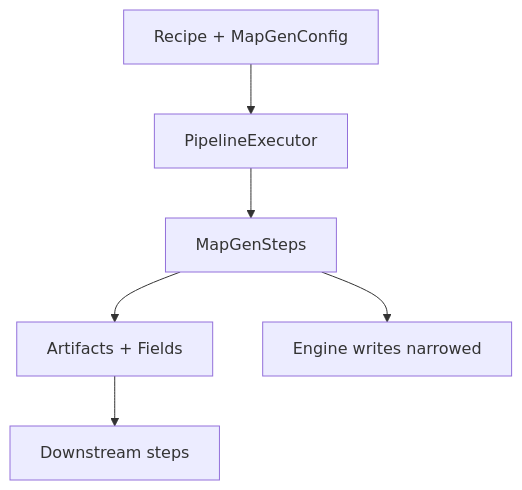
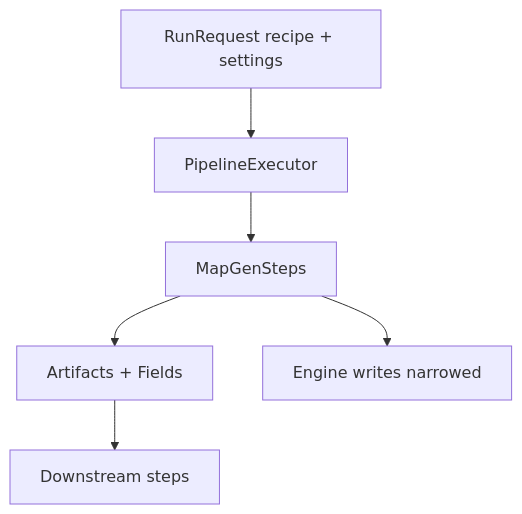
The fourth of 4 diagrams in docs/projects/engine-refactor-v1/resources/SPIKE-orchestrator-indirection-audit.md (mateicanavra/civ7-modding-tools-fork), drawn with Mermaid before and after one commit. The commit also changed other lines of this file and 16 other files, not shown here.

````diff
--- a/docs/projects/engine-refactor-v1/resources/SPIKE-orchestrator-indirection-audit.md
+++ b/docs/projects/engine-refactor-v1/resources/SPIKE-orchestrator-indirection-audit.md
@@ -504,8 +485,8 @@
 ```mermaid
 flowchart TD
-  Recipe[Recipe + MapGenConfig] --> Pipeline[PipelineExecutor]
+  RunRequest[RunRequest recipe + settings] --> Pipeline[PipelineExecutor]
   Pipeline --> Steps[MapGenSteps]
   Steps --> Context[Artifacts + Fields]
   Steps --> EngineState[Engine writes narrowed]
   Context --> Consumers[Downstream steps]
 ```
````
